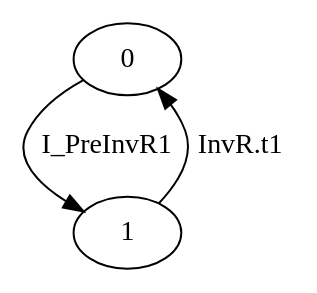
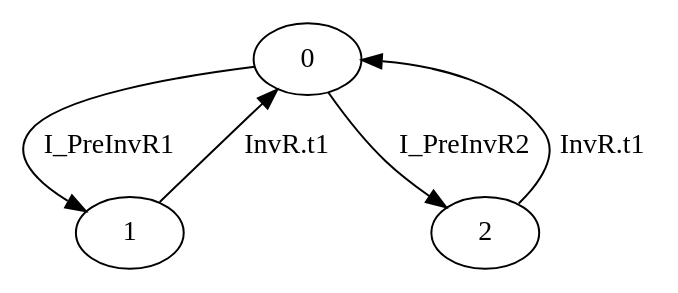
Before and after one commit to davidjmc/midarch-go-v11: the diagram in src/cspspecs/SenderReceiver/SENDER.dot, drawn with Graphviz. The commit also changed 44 other files, not shown here.

```diff
--- a/src/cspspecs/SenderReceiver/SENDER.dot
+++ b/src/cspspecs/SenderReceiver/SENDER.dot
@@ -1,4 +1,6 @@
-digraph G {
-  0 -> 1 [ label="I_PreInvR1" ];
-  1 -> 0 [ label="InvR.t1" ];
+digraph SENDER {
+0 -> 1 [ label="I_PreInvR1" ];
+1 -> 0 [ label="InvR.t1" ];
+0 -> 2 [ label="I_PreInvR2" ];
+2 -> 0 [ label="InvR.t1" ];
 }
```
